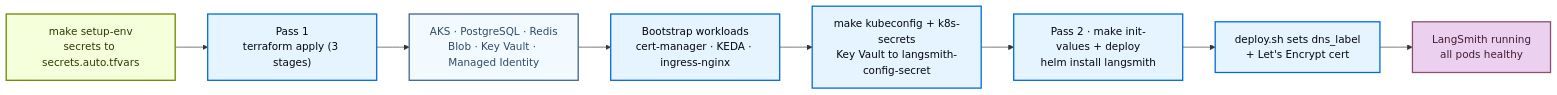
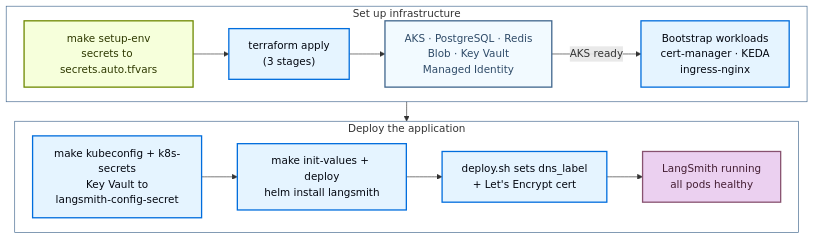
The diagram in src/langsmith/self-host-terraform-azure-deploy.mdx (langchain-ai/docs), drawn with Mermaid before and after one commit. The commit also changed other lines of this file and 4 other files, not shown here.

First line of the commit message:
docs(self-hosted): redesign Terraform deploy diagrams, fix prose

````diff
--- a/src/langsmith/self-host-terraform-azure-deploy.mdx
+++ b/src/langsmith/self-host-terraform-azure-deploy.mdx
@@ -11,23 +11,34 @@
 ```mermaid actions={false}
-graph LR
-    Start["make setup-env<br/>secrets to secrets.auto.tfvars"]
-    TF["Pass 1<br/>terraform apply (3 stages)"]
-    Infra["AKS · PostgreSQL · Redis<br/>Blob · Key Vault · Managed Identity"]
-    Bootstrap["Bootstrap workloads<br/>cert-manager · KEDA · ingress-nginx"]
-    Secrets["make kubeconfig + k8s-secrets<br/>Key Vault to langsmith-config-secret"]
-    Deploy["Pass 2 · make init-values + deploy<br/>helm install langsmith"]
-    DNS["deploy.sh sets dns_label<br/>+ Let's Encrypt cert"]
-    Running["LangSmith running<br/>all pods healthy"]
-
-    Start --> TF --> Infra --> Bootstrap --> Secrets --> Deploy --> DNS --> Running
+%%{init: {'flowchart': {'nodeSpacing': 25, 'rankSpacing': 30}}}%%
+graph TB
+    subgraph stage1["Set up infrastructure"]
+        direction LR
+        Start["make setup-env<br/>secrets to secrets.auto.tfvars"]
+        TF["terraform apply<br/>(3 stages)"]
+        Infra["AKS · PostgreSQL · Redis<br/>Blob · Key Vault<br/>Managed Identity"]
+        Bootstrap["Bootstrap workloads<br/>cert-manager · KEDA<br/>ingress-nginx"]
+        Start --> TF --> Infra -->|AKS ready| Bootstrap
+    end
+    subgraph stage2["Deploy the application"]
+        direction LR
+        Secrets["make kubeconfig + k8s-secrets<br/>Key Vault to<br/>langsmith-config-secret"]
+        Deploy["make init-values + deploy<br/>helm install langsmith"]
+        DNS["deploy.sh sets dns_label<br/>+ Let's Encrypt cert"]
+        Running["LangSmith running<br/>all pods healthy"]
+        Secrets --> Deploy --> DNS --> Running
+    end
+    stage1 --> stage2
 
     classDef trigger fill:#F6FFDB,stroke:#6E8900,stroke-width:2px,color:#2E3900
     classDef process fill:#E5F4FF,stroke:#006DDD,stroke-width:2px,color:#030710
     classDef neutral fill:#F2FAFF,stroke:#40668D,stroke-width:2px,color:#2F4B68
     classDef output fill:#EBD0F0,stroke:#885270,stroke-width:2px,color:#441E33
 
     class Start trigger
     class TF,Bootstrap,Secrets,Deploy,DNS process
     class Infra neutral
     class Running output
+
+    style stage1 fill:none,stroke:#40668D,stroke-width:1px
+    style stage2 fill:none,stroke:#40668D,stroke-width:1px
 ```
````
